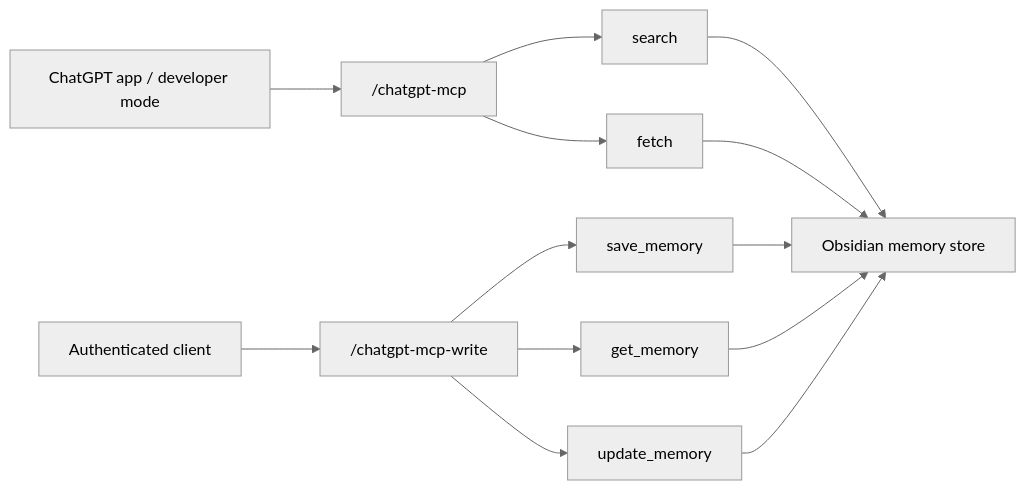
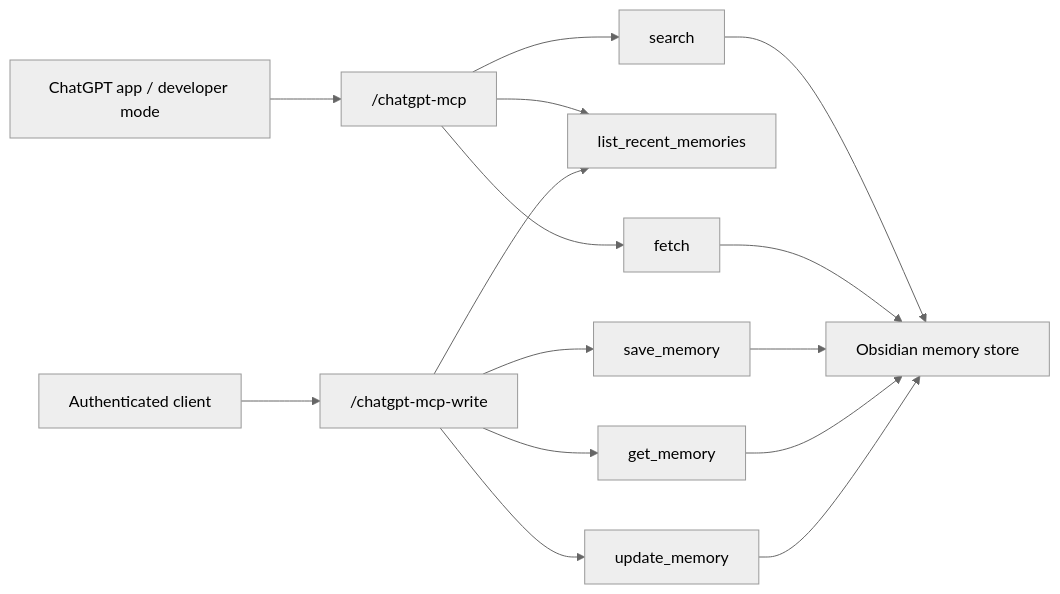
One commit to macho715/mcp_obsi changed the diagram in docs/CHATGPT_MCP.md. Above: the diagram before and after it, drawn with Mermaid (neutral theme). The commit also changed other lines of this file and 282 other files, not shown here.

````diff
--- a/docs/CHATGPT_MCP.md
+++ b/docs/CHATGPT_MCP.md
@@ -3,15 +3,17 @@
 ```mermaid
 flowchart LR
     ChatGPT["ChatGPT app / developer mode"] --> Read["/chatgpt-mcp"]
     Operator["Authenticated client"] --> Write["/chatgpt-mcp-write"]
     Read --> Search["search"]
+    Read --> Recent["list_recent_memories"]
     Read --> Fetch["fetch"]
+    Write --> Recent
     Write --> Save["save_memory"]
     Write --> Get["get_memory"]
     Write --> Update["update_memory"]
     Search --> Vault["Obsidian memory store"]
     Fetch --> Vault
     Save --> Vault
     Get --> Vault
     Update --> Vault
 ```
````
